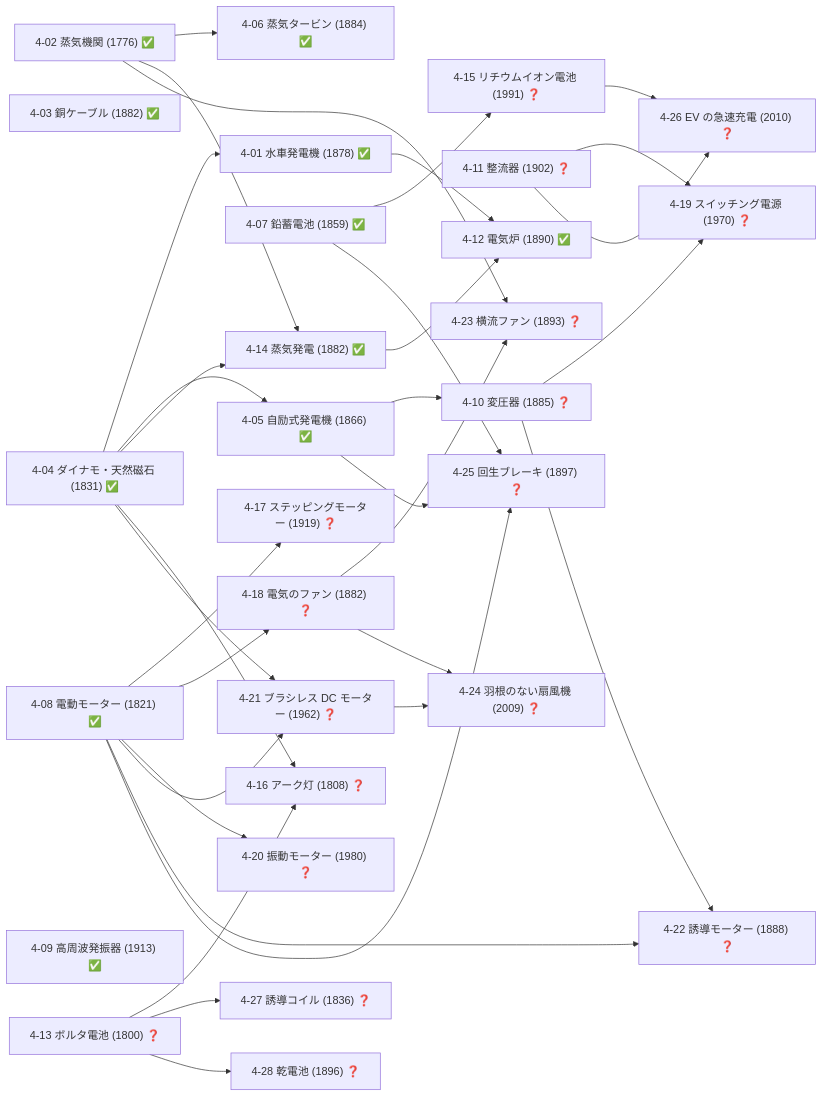
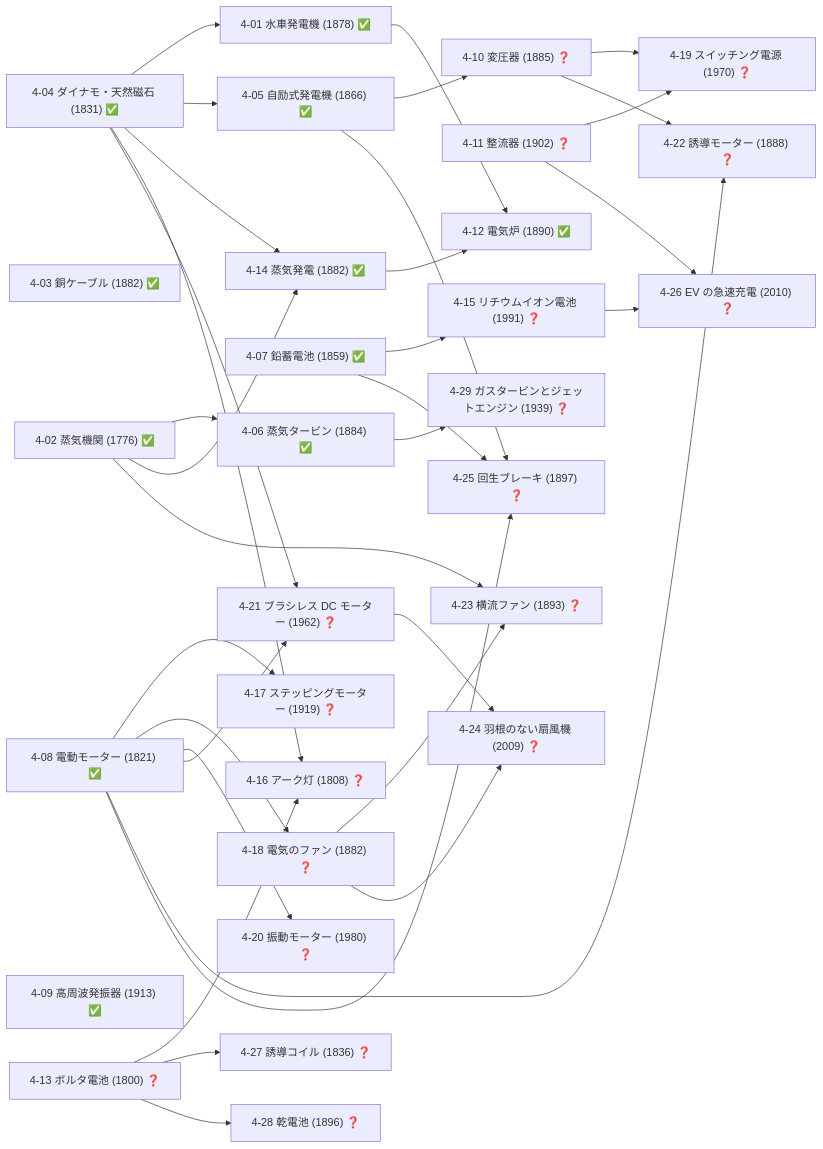
One commit to taku3i0317-collab/semiconductor-lab changed the seventh of 19 diagrams in docs/TECH_TREE_VIEW.md. Above: the diagram before and after it, drawn with Mermaid. The commit also changed other lines of this file and 9 other files, not shown here.

````diff
--- a/docs/TECH_TREE_VIEW.md
+++ b/docs/TECH_TREE_VIEW.md
@@ -364,62 +365,64 @@
 ```mermaid
 graph LR
   n4_01["4-01 水車発電機 (1878) ✅"]
   n4_02["4-02 蒸気機関 (1776) ✅"]
   n4_03["4-03 銅ケーブル (1882) ✅"]
   n4_04["4-04 ダイナモ・天然磁石 (1831) ✅"]
   n4_05["4-05 自励式発電機 (1866) ✅"]
   n4_06["4-06 蒸気タービン (1884) ✅"]
   n4_07["4-07 鉛蓄電池 (1859) ✅"]
   n4_08["4-08 電動モーター (1821) ✅"]
   n4_09["4-09 高周波発振器 (1913) ✅"]
   n4_10["4-10 変圧器 (1885) ❓"]
   n4_11["4-11 整流器 (1902) ❓"]
   n4_12["4-12 電気炉 (1890) ✅"]
   n4_13["4-13 ボルタ電池 (1800) ❓"]
   n4_14["4-14 蒸気発電 (1882) ✅"]
   n4_15["4-15 リチウムイオン電池 (1991) ❓"]
   n4_16["4-16 アーク灯 (1808) ❓"]
   n4_17["4-17 ステッピングモーター (1919) ❓"]
   n4_18["4-18 電気のファン (1882) ❓"]
   n4_19["4-19 スイッチング電源 (1970) ❓"]
   n4_20["4-20 振動モーター (1980) ❓"]
   n4_21["4-21 ブラシレス DC モーター (1962) ❓"]
   n4_22["4-22 誘導モーター (1888) ❓"]
   n4_23["4-23 横流ファン (1893) ❓"]
   n4_24["4-24 羽根のない扇風機 (2009) ❓"]
   n4_25["4-25 回生ブレーキ (1897) ❓"]
   n4_26["4-26 EV の急速充電 (2010) ❓"]
   n4_27["4-27 誘導コイル (1836) ❓"]
   n4_28["4-28 乾電池 (1896) ❓"]
+  n4_29["4-29 ガスタービンとジェットエンジン (1939) ❓"]
   n4_04-->n4_01
   n4_04-->n4_05
   n4_02-->n4_06
   n4_05-->n4_10
   n4_01-->n4_12
   n4_14-->n4_12
   n4_02-->n4_14
   n4_04-->n4_14
   n4_07-->n4_15
   n4_04-->n4_16
   n4_13-->n4_16
   n4_08-->n4_17
   n4_08-->n4_18
   n4_10-->n4_19
   n4_11-->n4_19
   n4_08-->n4_20
   n4_04-->n4_21
   n4_08-->n4_21
   n4_08-->n4_22
   n4_10-->n4_22
   n4_02-->n4_23
   n4_18-->n4_23
   n4_18-->n4_24
   n4_21-->n4_24
   n4_05-->n4_25
   n4_07-->n4_25
   n4_08-->n4_25
   n4_11-->n4_26
   n4_15-->n4_26
   n4_13-->n4_27
   n4_13-->n4_28
+  n4_06-->n4_29
 ```
````
